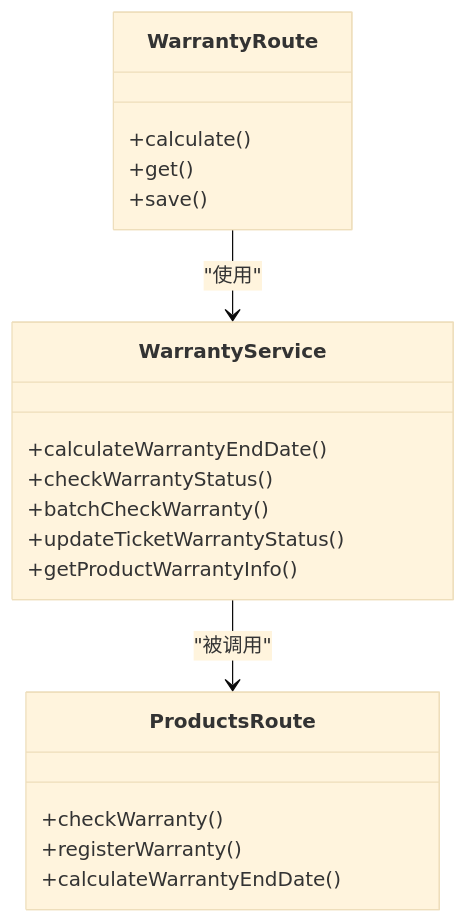
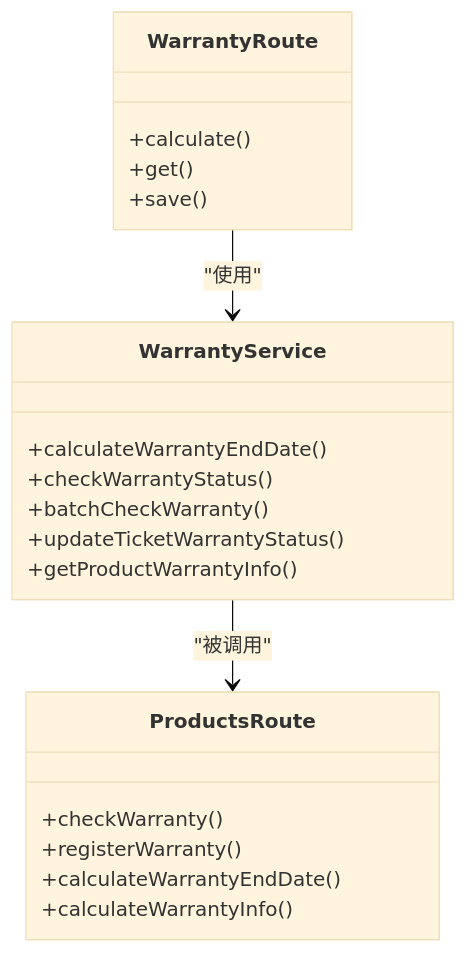
The eighth of 8 diagrams in .qoder/repowiki/zh/content/前端组件架构/保修注册模态框组件.md (CubeEdge/Longhorn), drawn with Mermaid (base theme) before and after one commit. The commit also changed other lines of this file and 3 other files, not shown here.

````diff
--- a/.qoder/repowiki/zh/content/前端组件架构/保修注册模态框组件.md
+++ b/.qoder/repowiki/zh/content/前端组件架构/保修注册模态框组件.md
@@ -276,22 +351,23 @@
 ```mermaid
 classDiagram
 class WarrantyService {
 +calculateWarrantyEndDate()
 +checkWarrantyStatus()
 +batchCheckWarranty()
 +updateTicketWarrantyStatus()
 +getProductWarrantyInfo()
 }
 class ProductsRoute {
 +checkWarranty()
 +registerWarranty()
 +calculateWarrantyEndDate()
++calculateWarrantyInfo()
 }
 class WarrantyRoute {
 +calculate()
 +get()
 +save()
 }
 WarrantyService --> ProductsRoute : "被调用"
 WarrantyRoute --> WarrantyService : "使用"
 ```
````
